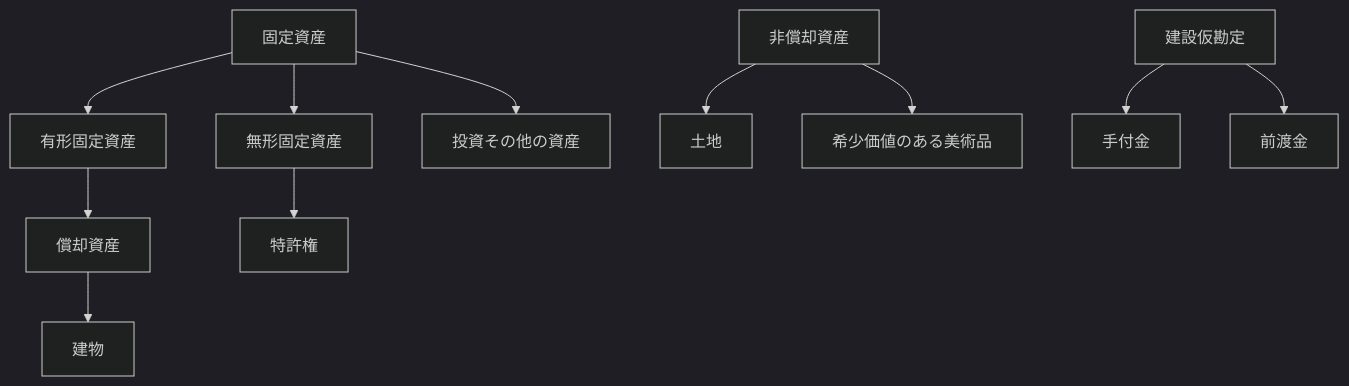
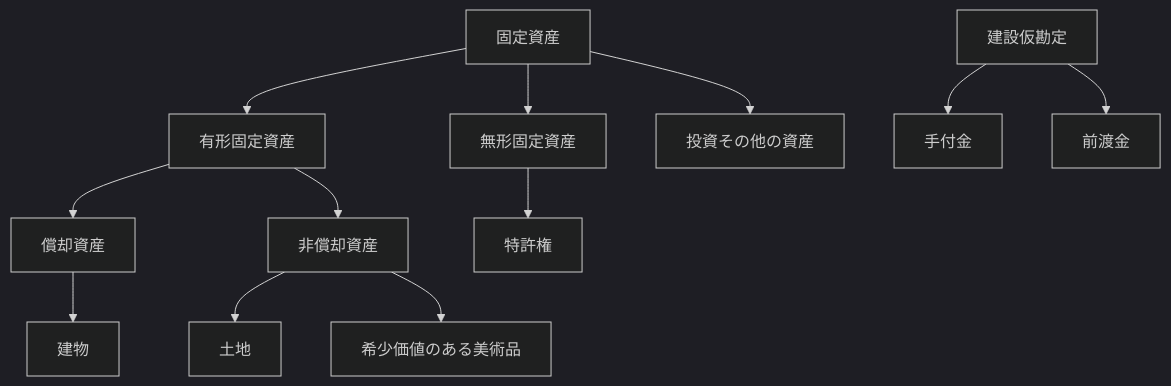
One commit to bebetakumi/mermaid changed the diagram in 固定資産.md. Above: the diagram before and after it, drawn with Mermaid (dark theme).

````diff
--- a/固定資産.md
+++ b/固定資産.md
@@ -3,11 +3,12 @@
 ```mermaid
 graph TD
 
 固定資産 --> 有形固定資産 --> 償却資産
 固定資産 --> 無形固定資産 --> 特許権
 固定資産 --> 投資その他の資産
+有形固定資産 --> 非償却資産
 償却資産 --> 建物
 非償却資産 --> 土地 & 希少価値のある美術品
 建設仮勘定 --> 手付金 & 前渡金
 
 ```
````
